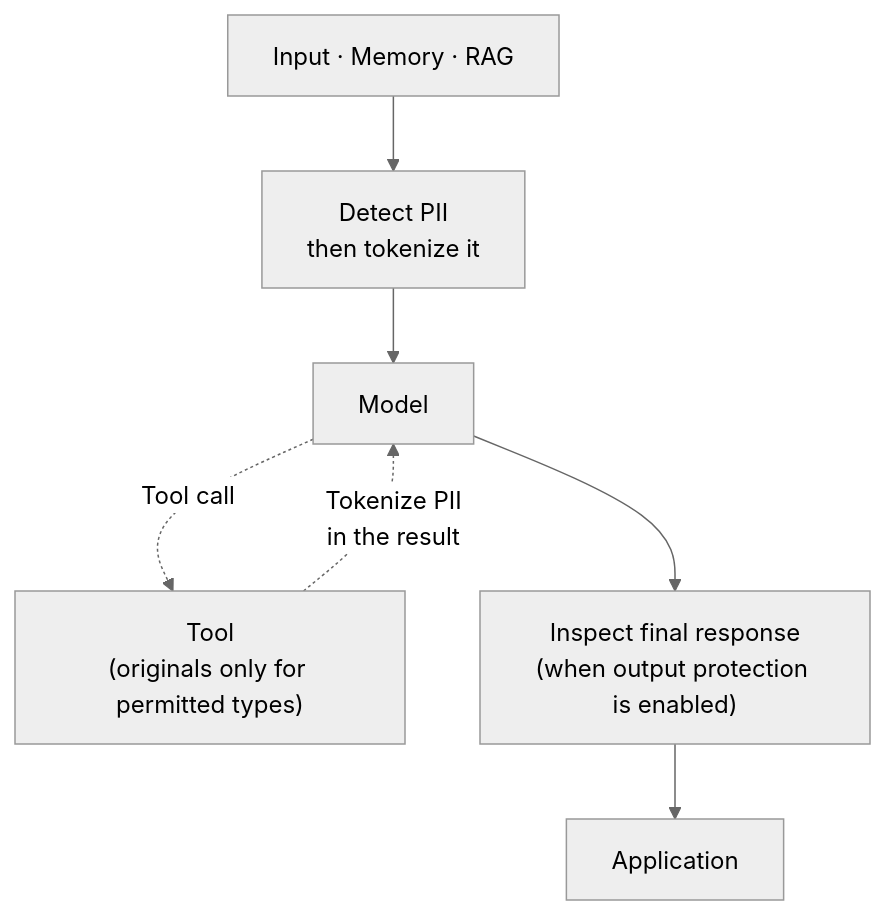
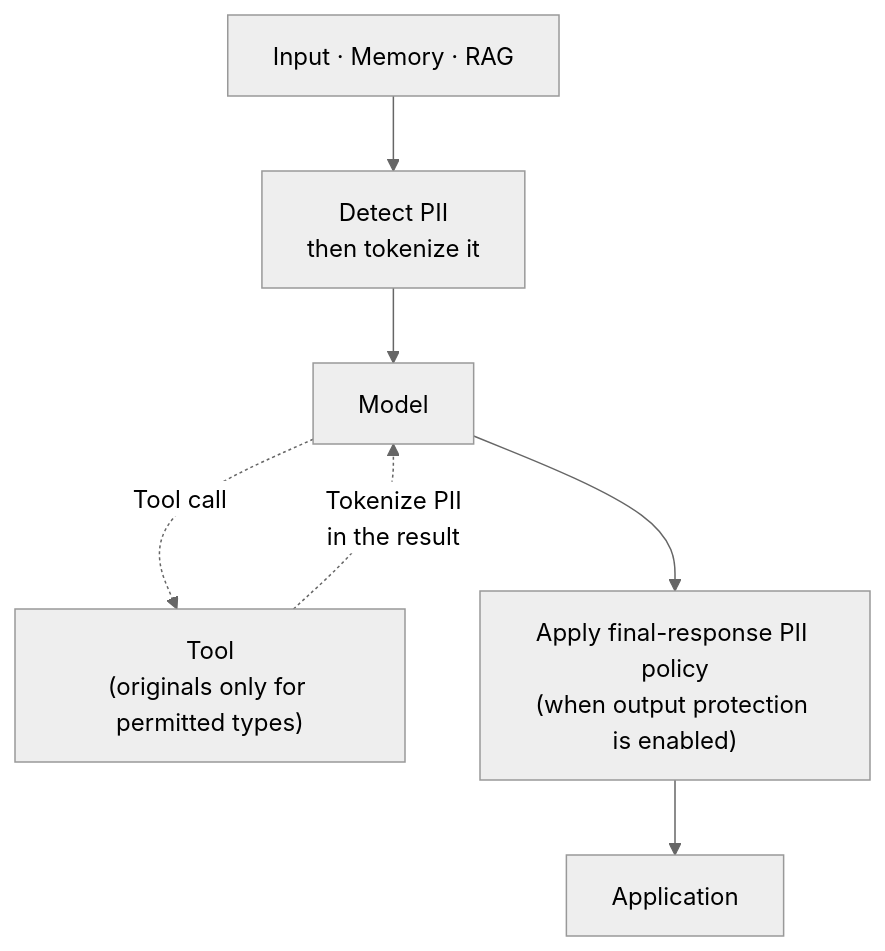
Before and after one commit to ultramancode/spring-ai-privacy-guardrails: the first of 5 diagrams in docs/architecture.md, drawn with Mermaid (neutral theme). The commit also changed other lines of this file and 51 other files, not shown here.

````diff
--- a/docs/architecture.md
+++ b/docs/architecture.md
@@ -20,9 +23,9 @@
 ```mermaid
 flowchart TD
     A["Input · Memory · RAG"] --> B["Detect PII<br/>then tokenize it"]
     B --> C["Model"]
     C -. "Tool call" .-> D["Tool<br/>(originals only for permitted types)"]
     D -. "Tokenize PII<br/>in the result" .-> C
-    C --> E["Inspect final response<br/>(when output protection is enabled)"]
+    C --> E["Apply final-response PII policy<br/>(when output protection is enabled)"]
     E --> F["Application"]
 ```
````
